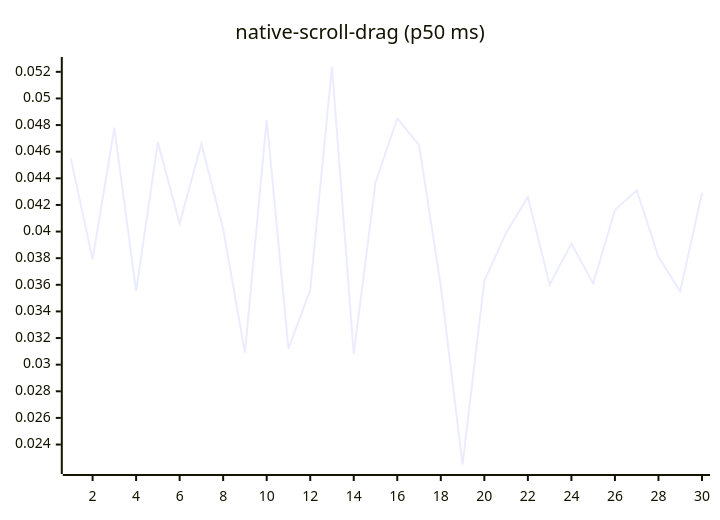
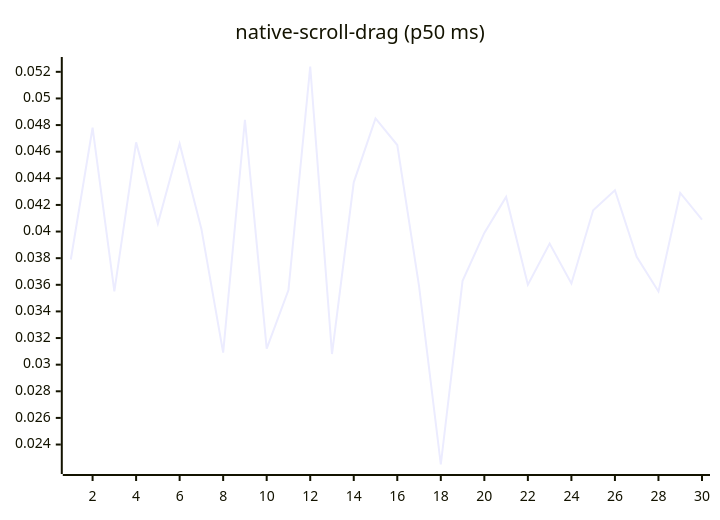
Before and after one commit to josha/Facet: diagram 14 of 27 in README.md, drawn with Mermaid. The commit also changed other lines of this file and 2 other files, not shown here.

````diff
--- a/README.md
+++ b/README.md
@@ -154,6 +154,6 @@
 ```mermaid
 xychart-beta
     title "native-scroll-drag (p50 ms)"
     x-axis 1 --> 30
-    line [0.0455, 0.0379, 0.0478, 0.0355, 0.0467, 0.0406, 0.0466, 0.0402, 0.0309, 0.0484, 0.0312, 0.0356, 0.0524, 0.0308, 0.0437, 0.0485, 0.0465, 0.0359, 0.0225, 0.0363, 0.0399, 0.0426, 0.0360, 0.0391, 0.0361, 0.0416, 0.0431, 0.0381, 0.0355, 0.0429]
+    line [0.0379, 0.0478, 0.0355, 0.0467, 0.0406, 0.0466, 0.0402, 0.0309, 0.0484, 0.0312, 0.0356, 0.0524, 0.0308, 0.0437, 0.0485, 0.0465, 0.0359, 0.0225, 0.0363, 0.0399, 0.0426, 0.0360, 0.0391, 0.0361, 0.0416, 0.0431, 0.0381, 0.0355, 0.0429, 0.0409]
 ```
````
